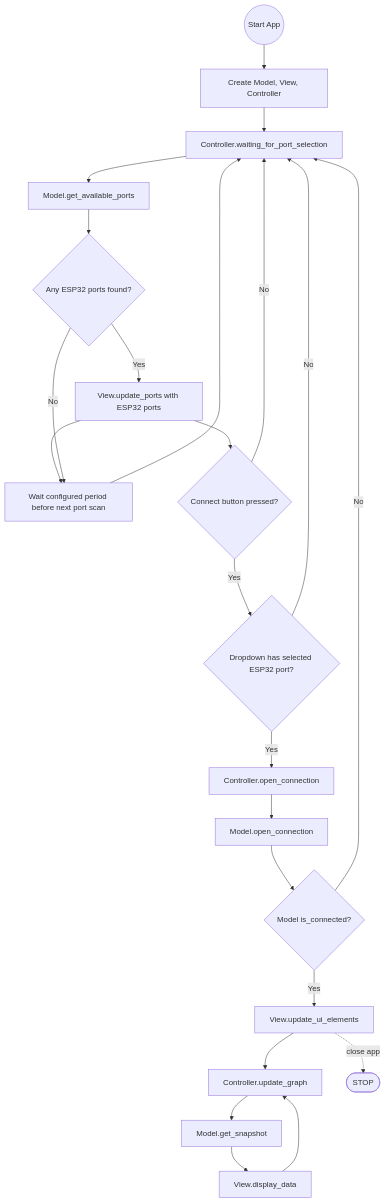
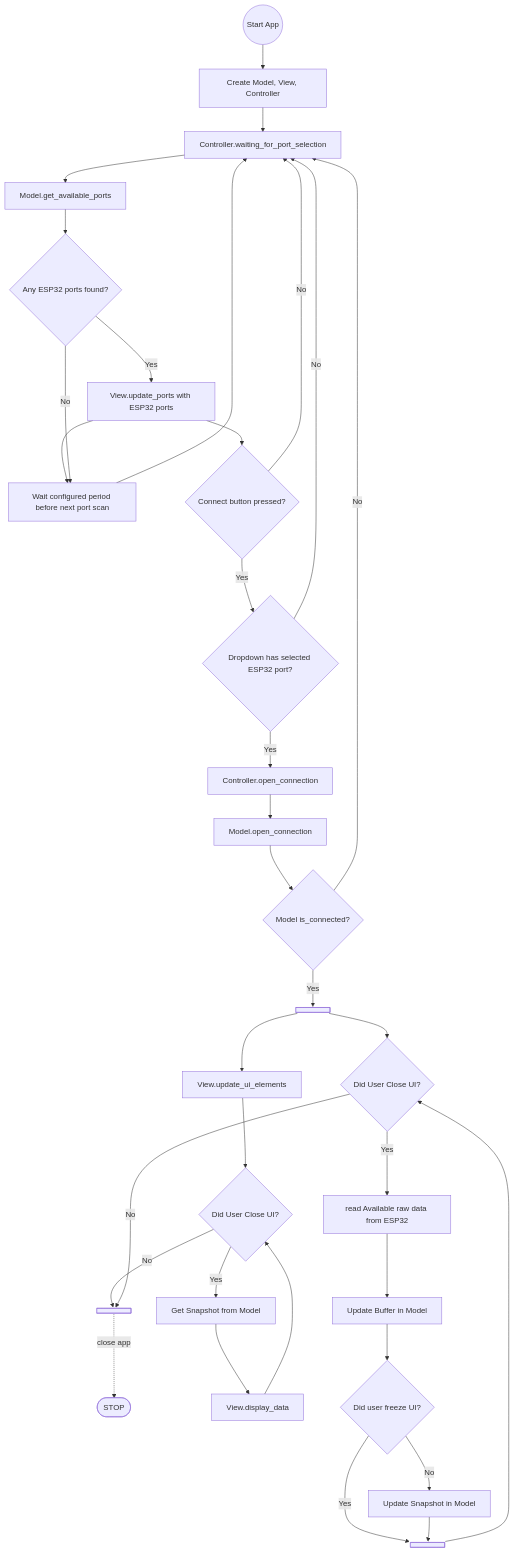
One commit to Anvendt-Programmering/python_serial_recorder changed the first of 2 diagrams in helpful_notes/flowchart_classdiagram.md. Above: the diagram before and after it, drawn with Mermaid.

Commit message:
Updated flowchart with model snapshots

````diff
--- a/helpful_notes/flowchart_classdiagram.md
+++ b/helpful_notes/flowchart_classdiagram.md
@@ -3,36 +3,56 @@
 ```mermaid
 flowchart
     start((Start App))
+
+    fork_stop@{ shape: fork, label: "Fork or Join" }
+    is_running_ui -->|No| fork_stop
+    fork_stop  -. close app .-> stop
+    stop([STOP])
     setup[Create Model, View, Controller]
     wait_loop[Controller.waiting_for_port_selection]
     scan_ports[Model.get_available_ports]
     detect_esp32{Any ESP32 ports found?}
     update_dropdown[View.update_ports with ESP32 ports]
     keep_waiting[Wait configured period before next port scan]
 
     connect_btn{Connect button pressed?}
     port_selected{Dropdown has selected ESP32 port?}
     open_conn[Controller.open_connection]
     model_open[Model.open_connection]
     conn_ok{Model is_connected?}
     lock_ui[View.update_ui_elements]
-    start_graph_loop[Controller.update_graph]
-    read_snapshot[Model.get_snapshot]
+    read_snapshot[Get Snapshot from Model]
     render_view[View.display_data]
-    stop([STOP])
 
     start --> setup --> wait_loop --> scan_ports --> detect_esp32
     detect_esp32 -->|Yes| update_dropdown --> keep_waiting --> wait_loop
     detect_esp32 -->|No| keep_waiting
 
     update_dropdown --> connect_btn
     connect_btn -->|No| wait_loop
     connect_btn -->|Yes| port_selected
     port_selected -->|No| wait_loop
     port_selected -->|Yes| open_conn --> model_open --> conn_ok
+    is_running_ui{Did User Close UI?}
+    conn_ok -->|No| wait_loop
+    conn_ok -->|Yes| fork1 
+    fork1@{ shape: fork, label: "Fork or Join" }
+    
+    is_running_ui -->|Yes| read_snapshot
+    read_snapshot --> render_view --> is_running_ui
+    fork1 --> lock_ui --> is_running_ui 
 
-    conn_ok -->|No| wait_loop
-    conn_ok -->|Yes| lock_ui --> start_graph_loop
-    start_graph_loop --> read_snapshot --> render_view --> start_graph_loop
-    lock_ui -. close app .-> stop
+    fork1 --> is_running_data 
+    is_running_data -->|Yes| read_data
+    read_data[read Available raw data from ESP32] --> update_buffer
+    update_buffer[Update Buffer in Model] 
+    update_buffer --> user_frozen
+    user_frozen{Did user freeze UI?} -->|No| update_snapshot
+    user_frozen -->|Yes| fork_frozen
+    fork_frozen@{ shape: fork, label: "Fork or Join" }
+    fork_frozen --> is_running_data
+    update_snapshot[Update Snapshot in Model] --> fork_frozen
+    is_running_data{Did User Close UI? }
+    is_running_data -->|No| fork_stop
+
 ```
````
